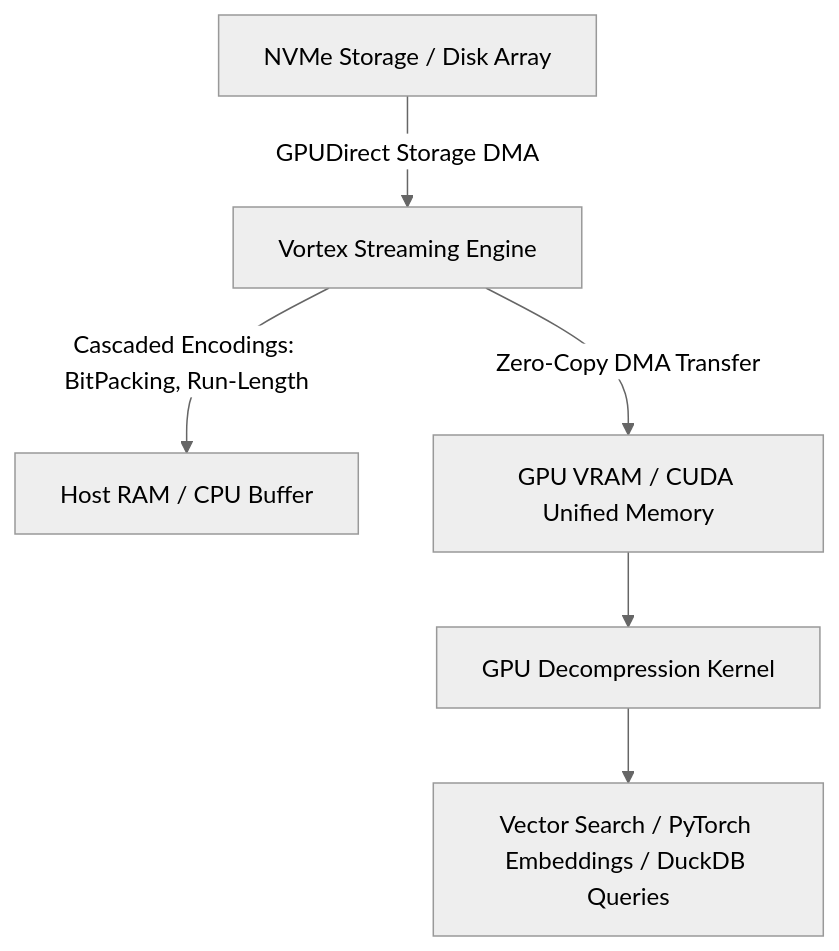
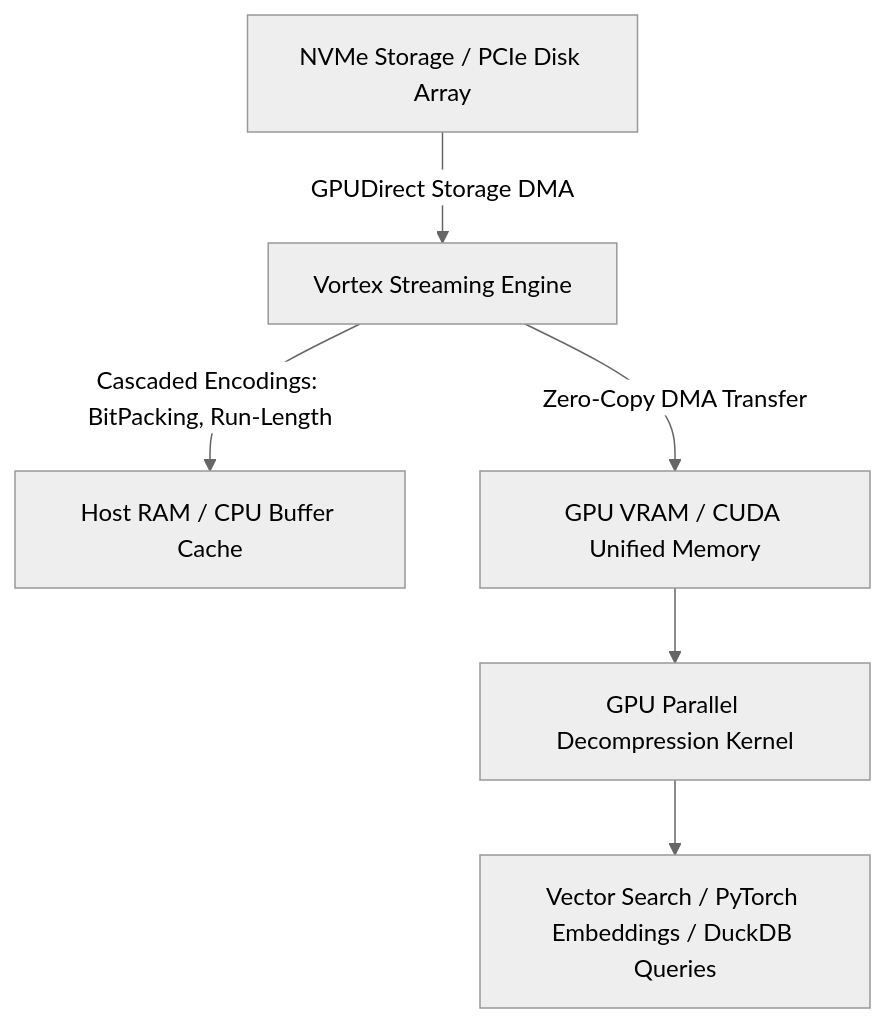
One commit to joanmarcriera/Home-office-automations changed the diagram in docs/tools/infrastructure/vortex.md. Above: the diagram before and after it, drawn with Mermaid (neutral theme). The commit also changed other lines of this file and 5 other files, not shown here.

````diff
--- a/docs/tools/infrastructure/vortex.md
+++ b/docs/tools/infrastructure/vortex.md
@@ -38,8 +40,8 @@
 ```mermaid
 graph TD
-    A[NVMe Storage / Disk Array] -->|GPUDirect Storage DMA| B[Vortex Streaming Engine]
-    B -->|Cascaded Encodings: BitPacking, Run-Length| C[Host RAM / CPU Buffer]
+    A[NVMe Storage / PCIe Disk Array] -->|GPUDirect Storage DMA| B[Vortex Streaming Engine]
+    B -->|Cascaded Encodings: BitPacking, Run-Length| C[Host RAM / CPU Buffer Cache]
     B -->|Zero-Copy DMA Transfer| D[GPU VRAM / CUDA Unified Memory]
-    D --> E[GPU Decompression Kernel]
+    D --> E[GPU Parallel Decompression Kernel]
     E --> F[Vector Search / PyTorch Embeddings / DuckDB Queries]
 ```
````
